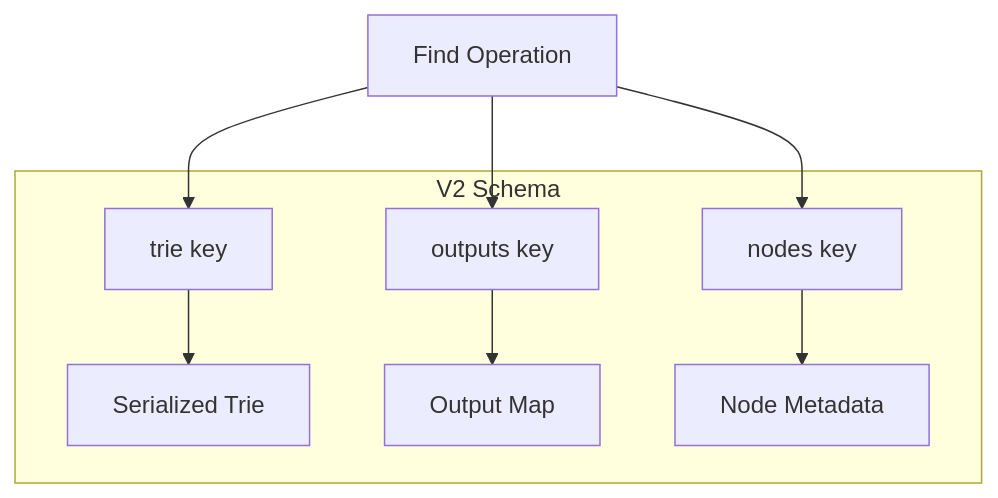
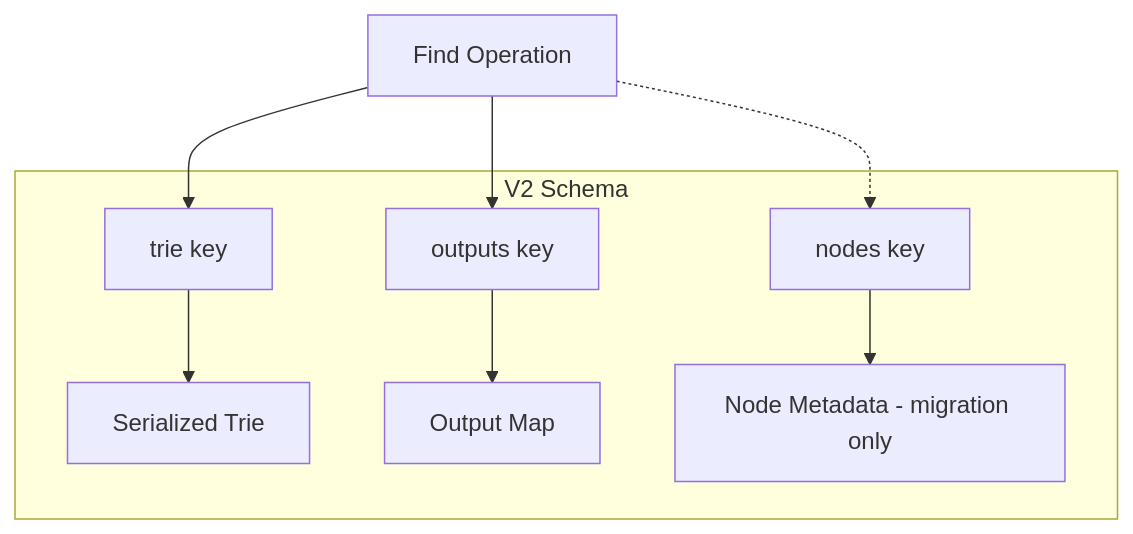
Before and after one commit to skyoo2003/acor: the diagram in docs/content/reference/schema-v2.md, drawn with Mermaid. The commit also changed other lines of this file and 51 other files, not shown here.

First line of the commit message:
refactor: code quality improvements and architecture cleanup (#112)

````diff
--- a/docs/content/reference/schema-v2.md
+++ b/docs/content/reference/schema-v2.md
@@ -37,12 +37,12 @@
 ```mermaid
 graph TB
     subgraph V2 Schema
         A[trie key] --> B[Serialized Trie]
         C[outputs key] --> D[Output Map]
-        E[nodes key] --> F[Node Metadata]
+        E[nodes key] --> F[Node Metadata - migration only]
     end
-    
+
     G[Find Operation] --> A
     G --> C
-    G --> E
+    G -.-> E
 ```
````
